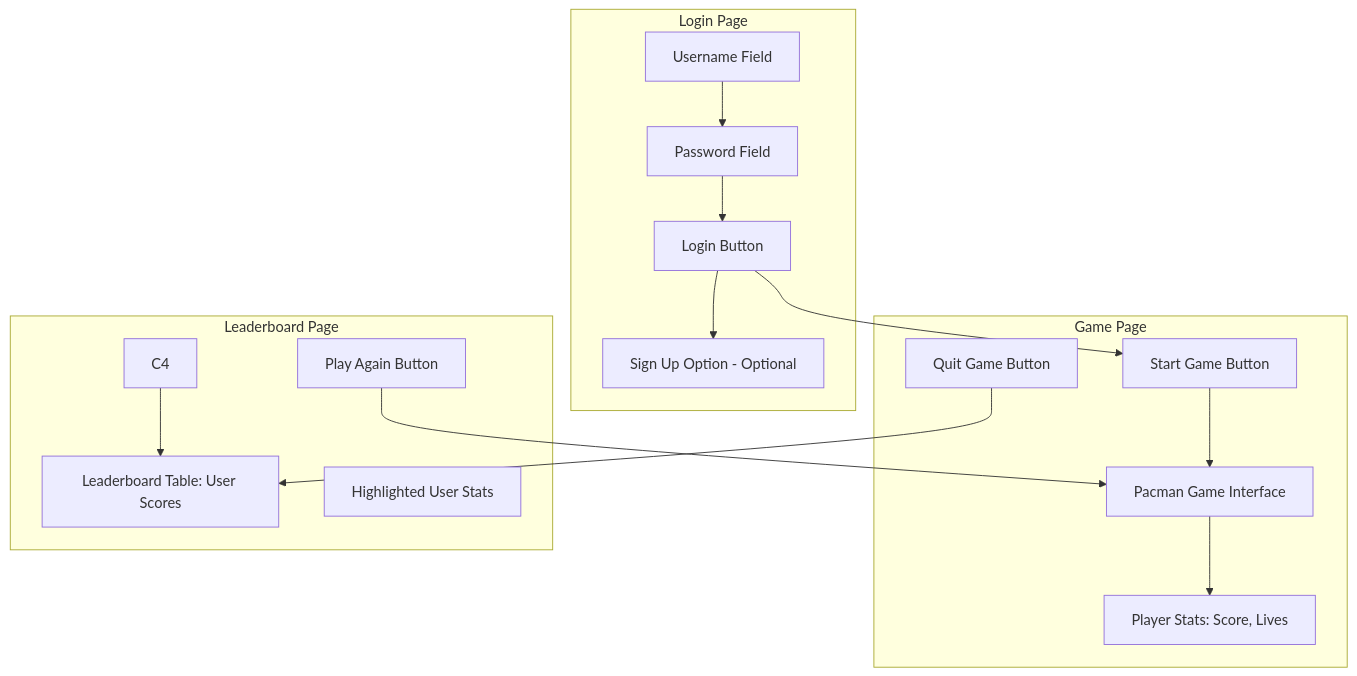
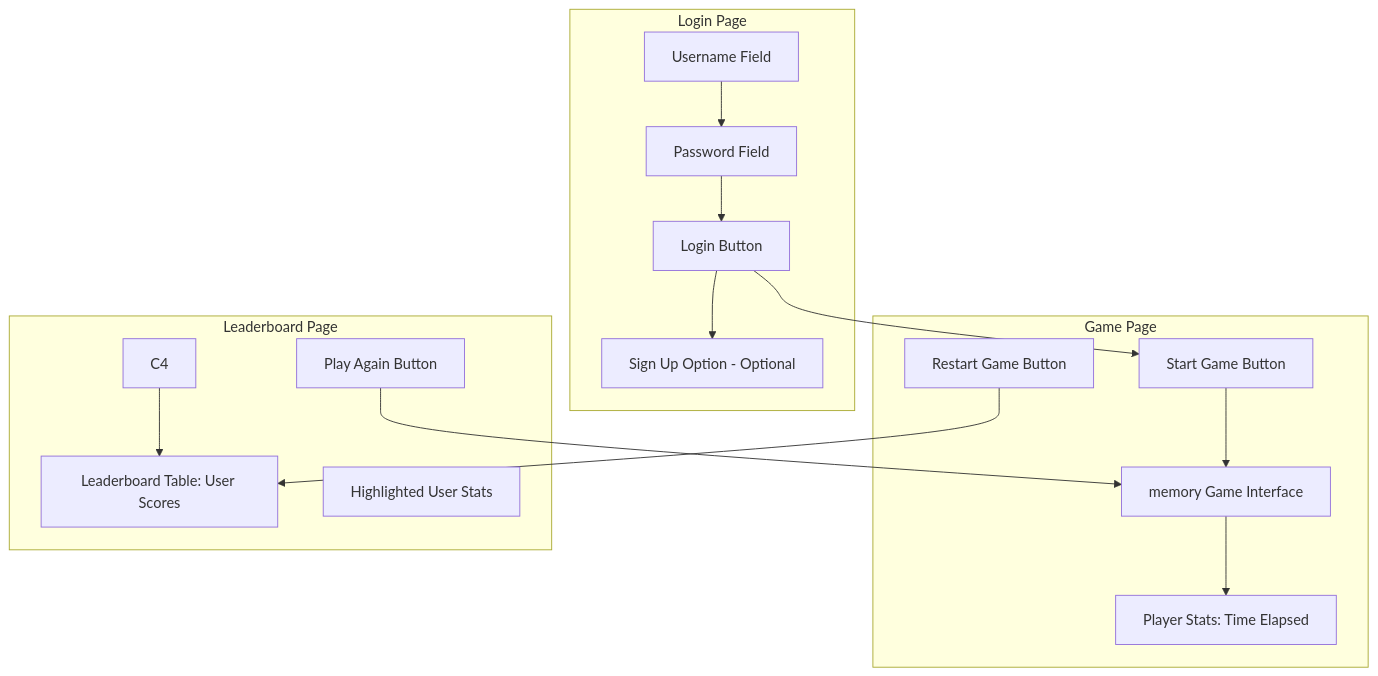
Before and after one commit to jamilkhalaf/startup: the diagram in README.md, drawn with Mermaid. The commit also changed other lines of this file, not shown here.

Commit message:
updated my game

````diff
--- a/README.md
+++ b/README.md
@@ -41,29 +41,29 @@
 ```mermaid
 flowchart TD
     subgraph Login Page
         A1[Username Field] --> A2[Password Field]
         A2 --> A3[Login Button]
         A3 --> A4[Sign Up Option - Optional]
     end
 
     subgraph Game Page
-        B1[Pacman Game Interface]
+        B1[memory Game Interface]
         B2[Start Game Button]
-        B3[Player Stats: Score, Lives]
-        B4[Quit Game Button]
+        B3[Player Stats: Time Elapsed]
+        B4[Restart Game Button]
         B1 --> B3
         B2 --> B1
     end
 
     subgraph Leaderboard Page
         C1[Leaderboard Table: User Scores]
         C2[Highlighted User Stats]
         C3[Play Again Button]
         C3 --> B1
         C4 --> C1
     end
 
     A3 --> B2
     B4 --> C1
 
 ```
````
